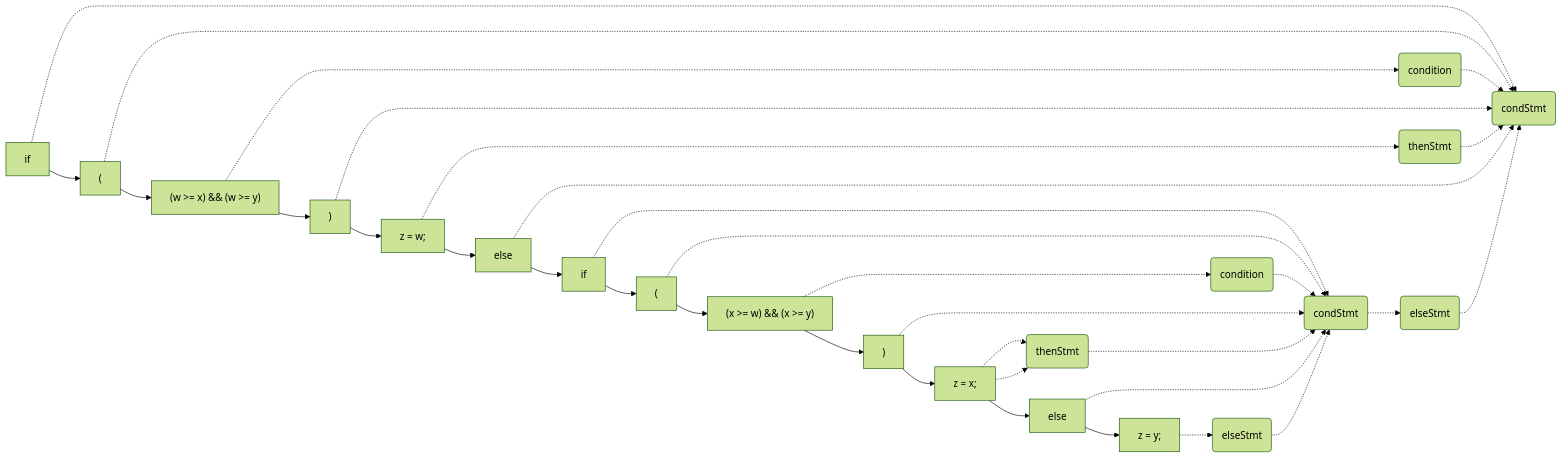
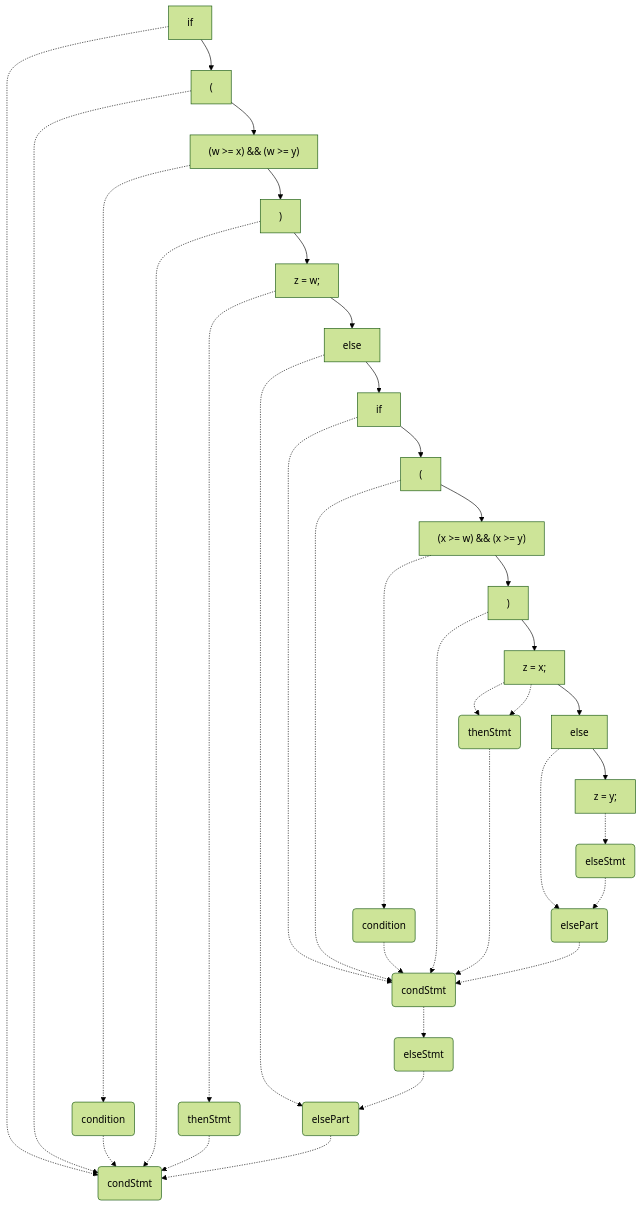
One commit to proftak/modules changed the diagram in 0013/mdModule.md. Above: the diagram before and after it, drawn with Mermaid (forest theme). The commit also changed other lines of this file, not shown here.

````diff
--- a/0013/mdModule.md
+++ b/0013/mdModule.md
@@ -307,57 +307,61 @@
 ```mermaid
-flowchart LR
+flowchart TD
 if1[if]
 op1["("]
 cond1["(w >= x) && (w >= y)"]
 cp1[")"]
 condition1(condition)
 condition2(condition)
 zGetsW[z = w;]
 stmt1(thenStmt)
 stmt2(thenStmt)
 stmt3(elseStmt)
 stmt4(condStmt)
 stmt5(condStmt)
 stmt6(elseStmt)
+elsePart1(elsePart)
+elsePart2(elsePart)
 stmt5 -.-> stmt6
 else1[else]
 if2[if]
 op2["("]
 cond2["(x >= w) && (x >= y)"]
 cond2 -.-> condition2
 cp2[")"]
 zGetsX[z = x;]
 zGetsX -.-> stmt2
 else2[else]
 zGetsY[z = y;]
 if1 --> op1
 op1 --> cond1
 cond1 --> cp1
 cp1 --> zGetsW
 zGetsW --> else1
 zGetsW -.-> stmt1
 else1 --> if2
+else1 -.-> elsePart1
 if2 --> op2
 op2 --> cond2
 cond2 --> cp2
 cp2 --> zGetsX
 zGetsX --> else2
 zGetsX -.-> stmt2
 else2 --> zGetsY
 zGetsY -.-> stmt3
 if1 -.-> stmt4
 op1 -.-> stmt4
 cond1 -.-> condition1
 condition1 -.-> stmt4
 cp1 -.-> stmt4
 stmt1 -.-> stmt4
-else1 -.-> stmt4
-stmt6 -.-> stmt4
+stmt6 -.-> elsePart1
+elsePart1 -.-> stmt4
 if2 -.-> stmt5
 op2 -.-> stmt5
 condition2 -.-> stmt5
 cp2 -.-> stmt5
 stmt2 -.-> stmt5
-else2 -.-> stmt5
-stmt3 -.-> stmt5
+else2 -.-> elsePart2
+stmt3 -.-> elsePart2
+elsePart2 -.-> stmt5
 ```
````
